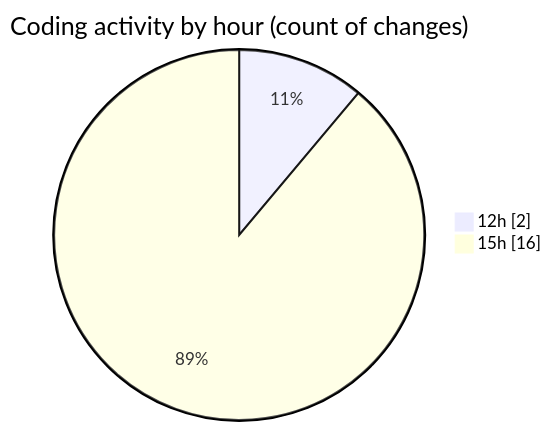
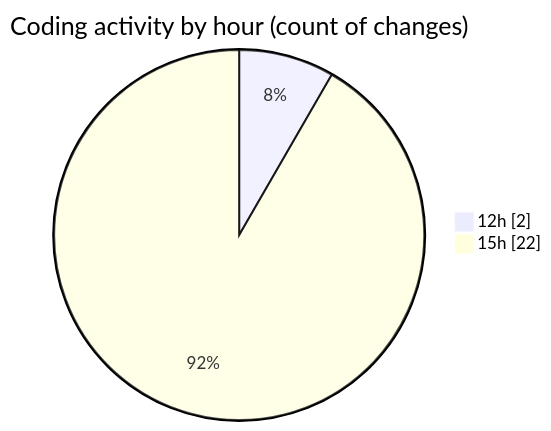
One commit to momahboobian/code-tracking changed the second of 2 diagrams in 2025-02-26/cda/README.md. Above: the diagram before and after it, drawn with Mermaid. The commit also changed other lines of this file and 1 other file, not shown here.

````diff
--- a/2025-02-26/cda/README.md
+++ b/2025-02-26/cda/README.md
@@ -40,6 +40,6 @@
 ```mermaid
 pie showData
 title Coding activity by hour (count of changes)
 "12h" : 2
-"15h" : 16
+"15h" : 22
 ```
````
